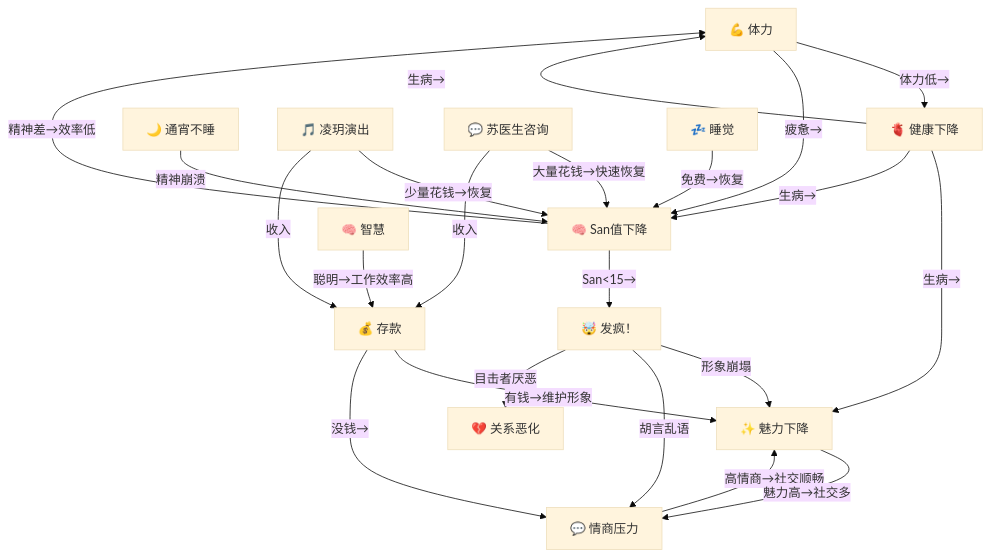
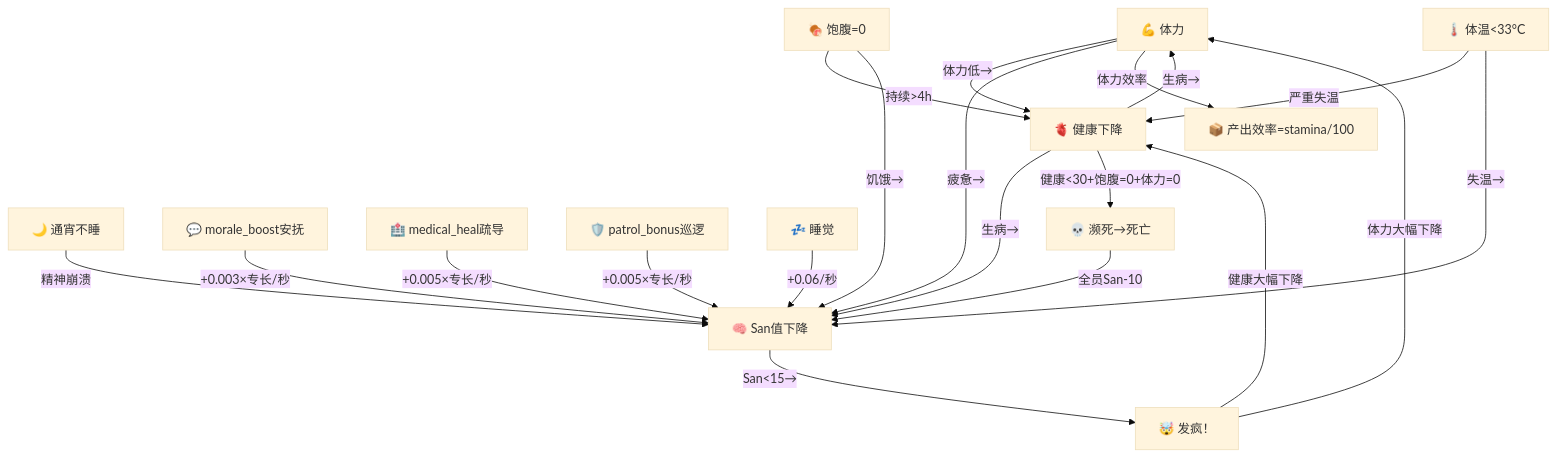
The diagram in guide/04-attributes.md (RevolGMPHL/AI_Game_Gospel_snow_town), drawn with Mermaid (base theme) before and after one commit. The commit also changed other lines of this file and 122 other files, not shown here.

````diff
--- a/guide/04-attributes.md
+++ b/guide/04-attributes.md
@@ -237,24 +235,22 @@
 ```mermaid
 graph TD
     A[💪 体力] -->|体力低→| B[🫀 健康下降]
     A -->|疲惫→| G[🧠 San值下降]
+    A -->|体力效率| P[📦 产出效率=stamina/100]
     B -->|生病→| A
-    B -->|生病→| C[✨ 魅力下降]
     B -->|生病→| G
-    D[💰 存款] -->|有钱→维护形象| C
-    D -->|没钱→| E[💬 情商压力]
-    F[🧠 智慧] -->|聪明→工作效率高| D
-    E -->|高情商→社交顺畅| C
-    C -->|魅力高→社交多| E
-    G -->|精神差→效率低| A
-    G -->|San<15→| I[🤯 发疯！]
-    I -->|形象崩塌| C
-    I -->|胡言乱语| E
-    I -->|目击者厌恶| P[💔 关系恶化]
-    H[🌙 通宵不睡] -->|精神崩溃| G
-    J[🎵 凌玥演出] -->|少量花钱→恢复| G
-    K[💬 苏医生咨询] -->|大量花钱→快速恢复| G
-    L[💤 睡觉] -->|免费→恢复| G
-    J -->|收入| D
-    K -->|收入| D
+    H[🍖 饱腹=0] -->|持续>4h| B
+    H -->|饥饿→| G
+    I[🌡️ 体温<33°C] -->|严重失温| B
+    I -->|失温→| G
+    G -->|San<15→| J[🤯 发疯！]
+    J -->|体力大幅下降| A
+    J -->|健康大幅下降| B
+    K[🌙 通宵不睡] -->|精神崩溃| G
+    L[💬 morale_boost安抚] -->|+0.003×专长/秒| G
+    M[🏥 medical_heal疏导] -->|+0.005×专长/秒| G
+    N[🛡️ patrol_bonus巡逻] -->|+0.005×专长/秒| G
+    O[💤 睡觉] -->|+0.06/秒| G
+    B -->|健康<30+饱腹=0+体力=0| Q[💀 濒死→死亡]
+    Q -->|全员San-10| G
 ```
````
